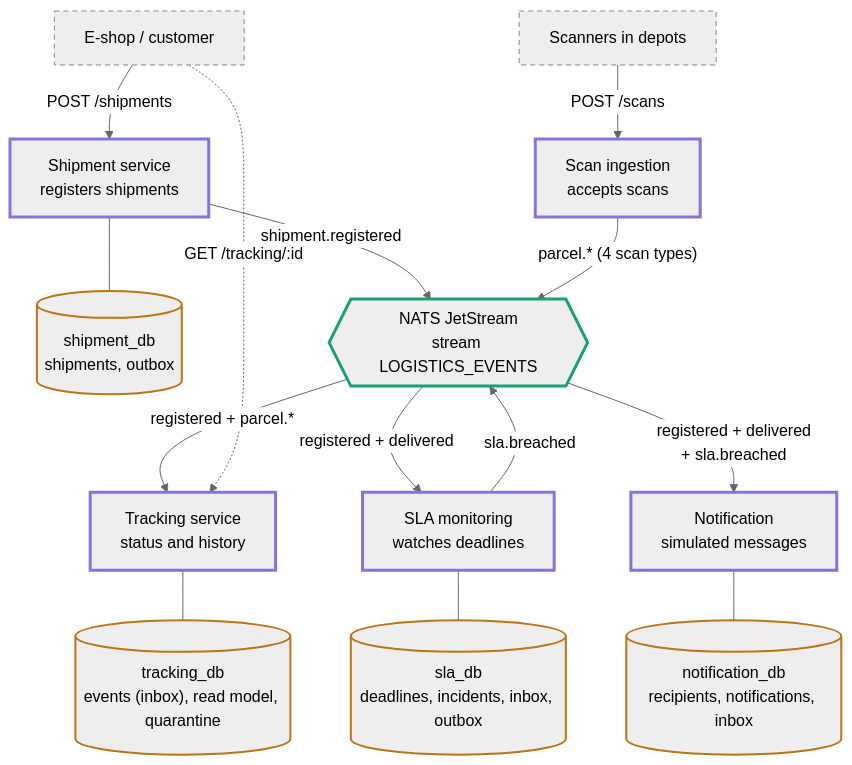
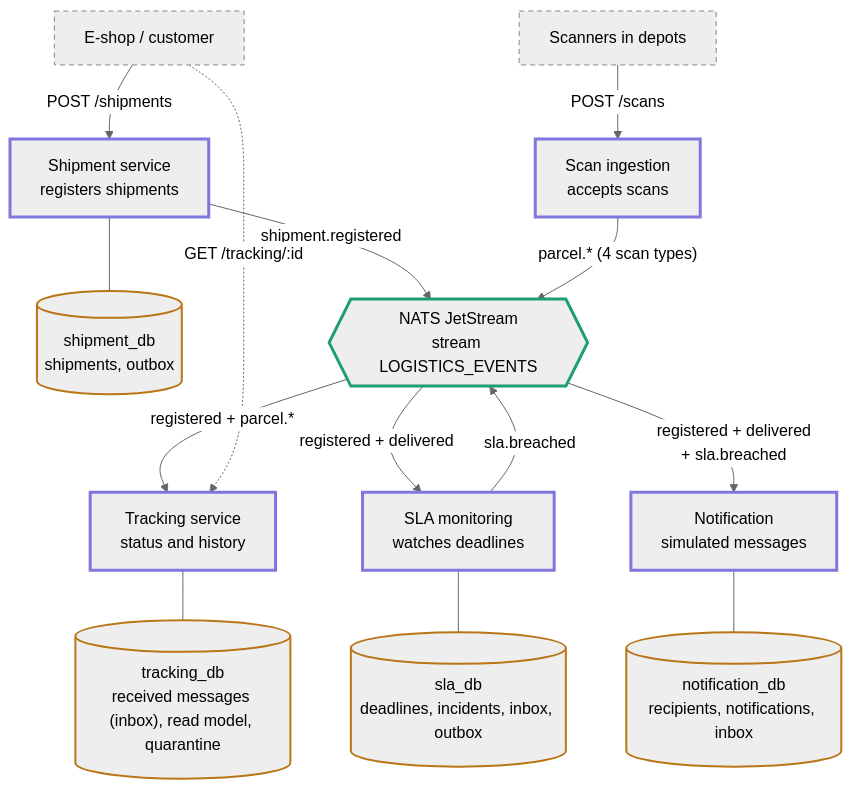
The diagram in ARCHITECTURE.md (michaelamitr/track-and-trace), drawn with Mermaid (neutral theme) before and after one commit. The commit also changed other lines of this file and 28 other files, not shown here.

````diff
--- a/ARCHITECTURE.md
+++ b/ARCHITECTURE.md
@@ -16,38 +16,38 @@
 ```mermaid
 flowchart TB
   ESHOP["E-shop / customer"]
   SCAN["Scanners in depots"]
   SH["Shipment service<br/>registers shipments"]
   SI["Scan ingestion<br/>accepts scans"]
   SHDB[("shipment_db<br/>shipments, outbox")]
   NATS{{"NATS JetStream<br/>stream LOGISTICS_EVENTS"}}
   TR["Tracking service<br/>status and history"]
   SLA["SLA monitoring<br/>watches deadlines"]
   NO["Notification<br/>simulated messages"]
-  TRDB[("tracking_db<br/>events (inbox), read model, quarantine")]
+  TRDB[("tracking_db<br/>received messages (inbox), read model, quarantine")]
   SLADB[("sla_db<br/>deadlines, incidents, inbox, outbox")]
   NODB[("notification_db<br/>recipients, notifications, inbox")]
 
   ESHOP -- "POST /shipments" --> SH
   SCAN -- "POST /scans" --> SI
   SH --- SHDB
   SH -- "shipment.registered" --> NATS
   SI -- "parcel.* (4 scan types)" --> NATS
   NATS -- "registered + parcel.*" --> TR
   NATS -- "registered + delivered" --> SLA
   NATS -- "registered + delivered<br/>+ sla.breached" --> NO
   SLA -- "sla.breached" --> NATS
   TR --- TRDB
   SLA --- SLADB
   NO --- NODB
   ESHOP -. "GET /tracking/:id" .-> TR
 
   classDef svc stroke:#7F77DD,stroke-width:3px
   classDef nats stroke:#1D9E75,stroke-width:3px
   classDef db stroke:#BA7517,stroke-width:2px
   classDef ext stroke:#888780,stroke-width:1px,stroke-dasharray:5 4
   class SH,SI,TR,SLA,NO svc
   class NATS nats
   class SHDB,TRDB,SLADB,NODB db
   class ESHOP,SCAN ext
 ```
````
